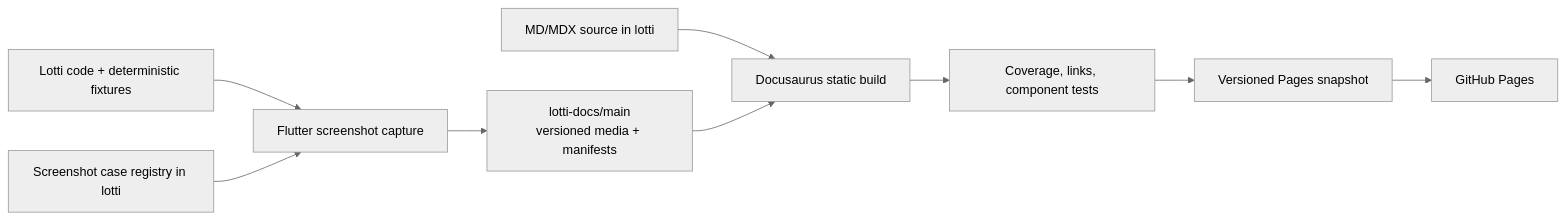
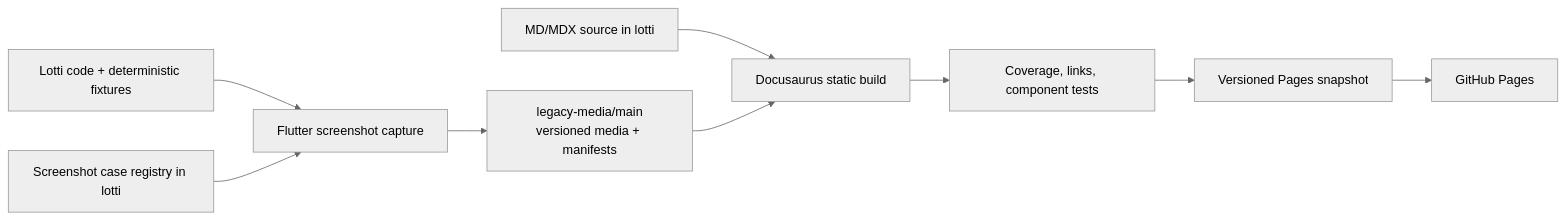
One commit to matthiasn/lotti changed the diagram in docs/implementation_plans/2026-07-17_automated_manual_system.md. Above: the diagram before and after it, drawn with Mermaid (neutral theme). The commit also changed other lines of this file and 30 other files, not shown here.

````diff
--- a/docs/implementation_plans/2026-07-17_automated_manual_system.md
+++ b/docs/implementation_plans/2026-07-17_automated_manual_system.md
@@ -131,21 +131,21 @@
 ```mermaid
 flowchart LR
   App["Lotti code + deterministic fixtures"]
   Manual["MD/MDX source in lotti"]
   Cases["Screenshot case registry in lotti"]
   Capture["Flutter screenshot capture"]
-  DocsRepo["lotti-docs/main\nversioned media + manifests"]
+  DocsRepo["legacy-media/main\nversioned media + manifests"]
   Build["Docusaurus static build"]
   Verify["Coverage, links, component tests"]
   Site["Versioned Pages snapshot"]
   Pages["GitHub Pages"]
 
   App --> Capture
   Cases --> Capture
   Capture --> DocsRepo
   Manual --> Build
   DocsRepo --> Build
   Build --> Verify
   Verify --> Site
   Site --> Pages
 ```
````
